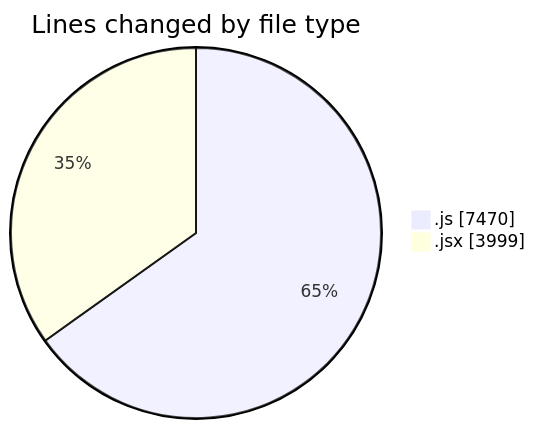
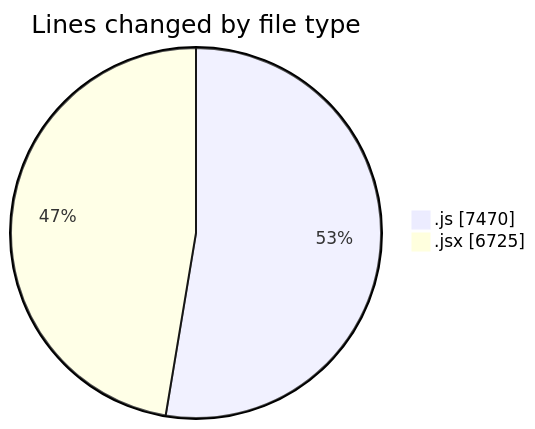
One commit to nxtqubesakshisongat/code-tracking changed the first of 2 diagrams in 2025-09-24/nxtqube_webapp/README.md. Above: the diagram before and after it, drawn with Mermaid. The commit also changed other lines of this file and 1 other file, not shown here.

````diff
--- a/2025-09-24/nxtqube_webapp/README.md
+++ b/2025-09-24/nxtqube_webapp/README.md
@@ -23,6 +23,6 @@
 ```mermaid
 pie showData
 title Lines changed by file type
 ".js" : 7470
-".jsx" : 3999
+".jsx" : 6725
 ```
````
